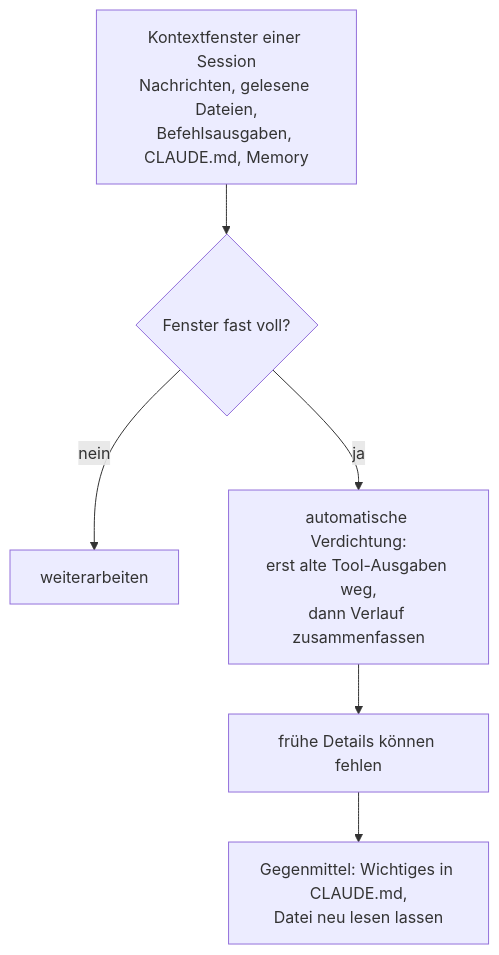
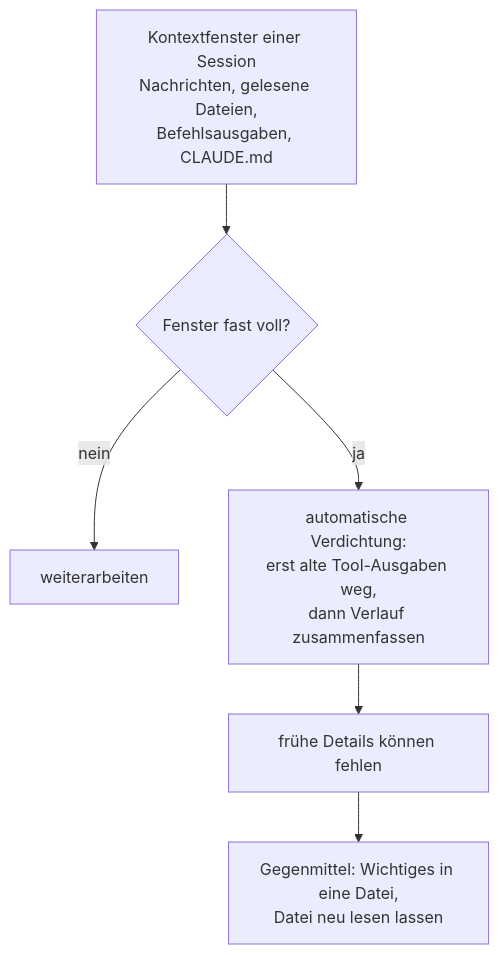
The diagram in resources/library/s1-08-kontextfenster.md (dynamic-dome/dynamic-workshop), drawn with Mermaid before and after one commit. The commit also changed other lines of this file and 56 other files, not shown here.

````diff
--- a/resources/library/s1-08-kontextfenster.md
+++ b/resources/library/s1-08-kontextfenster.md
@@ -44,8 +44,8 @@
 ```mermaid
 flowchart TB
-  A["Kontextfenster einer Session<br/>Nachrichten, gelesene Dateien,<br/>Befehlsausgaben, CLAUDE.md, Memory"] --> B{"Fenster fast voll?"}
+  A["Kontextfenster einer Session<br/>Nachrichten, gelesene Dateien,<br/>Befehlsausgaben, CLAUDE.md"] --> B{"Fenster fast voll?"}
   B -- "nein" --> W["weiterarbeiten"]
   B -- "ja" --> C["automatische Verdichtung:<br/>erst alte Tool-Ausgaben weg,<br/>dann Verlauf zusammenfassen"]
   C --> D["frühe Details können fehlen"]
-  D --> E["Gegenmittel: Wichtiges in CLAUDE.md,<br/>Datei neu lesen lassen"]
+  D --> E["Gegenmittel: Wichtiges in eine Datei,<br/>Datei neu lesen lassen"]
 ```
````
